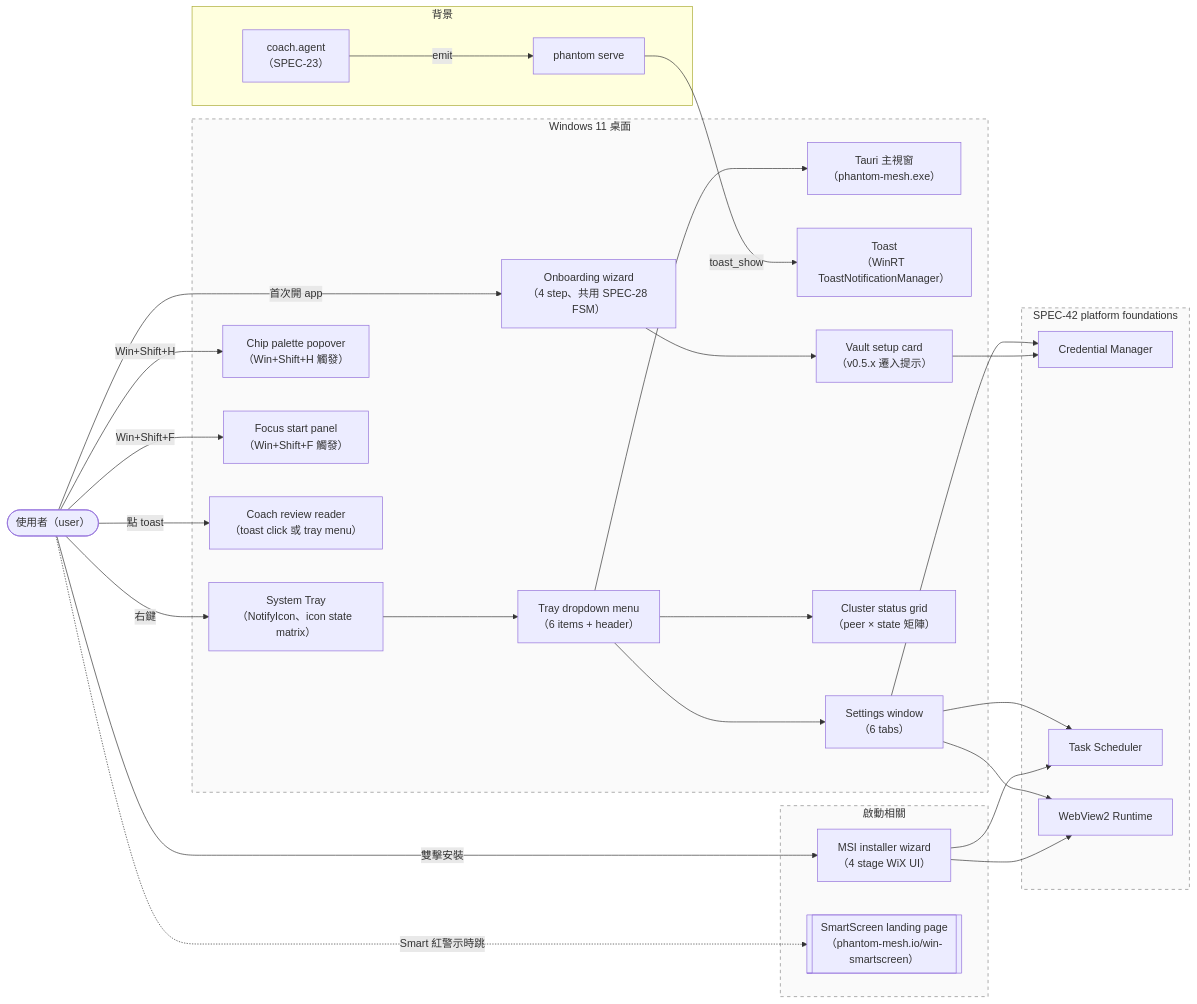
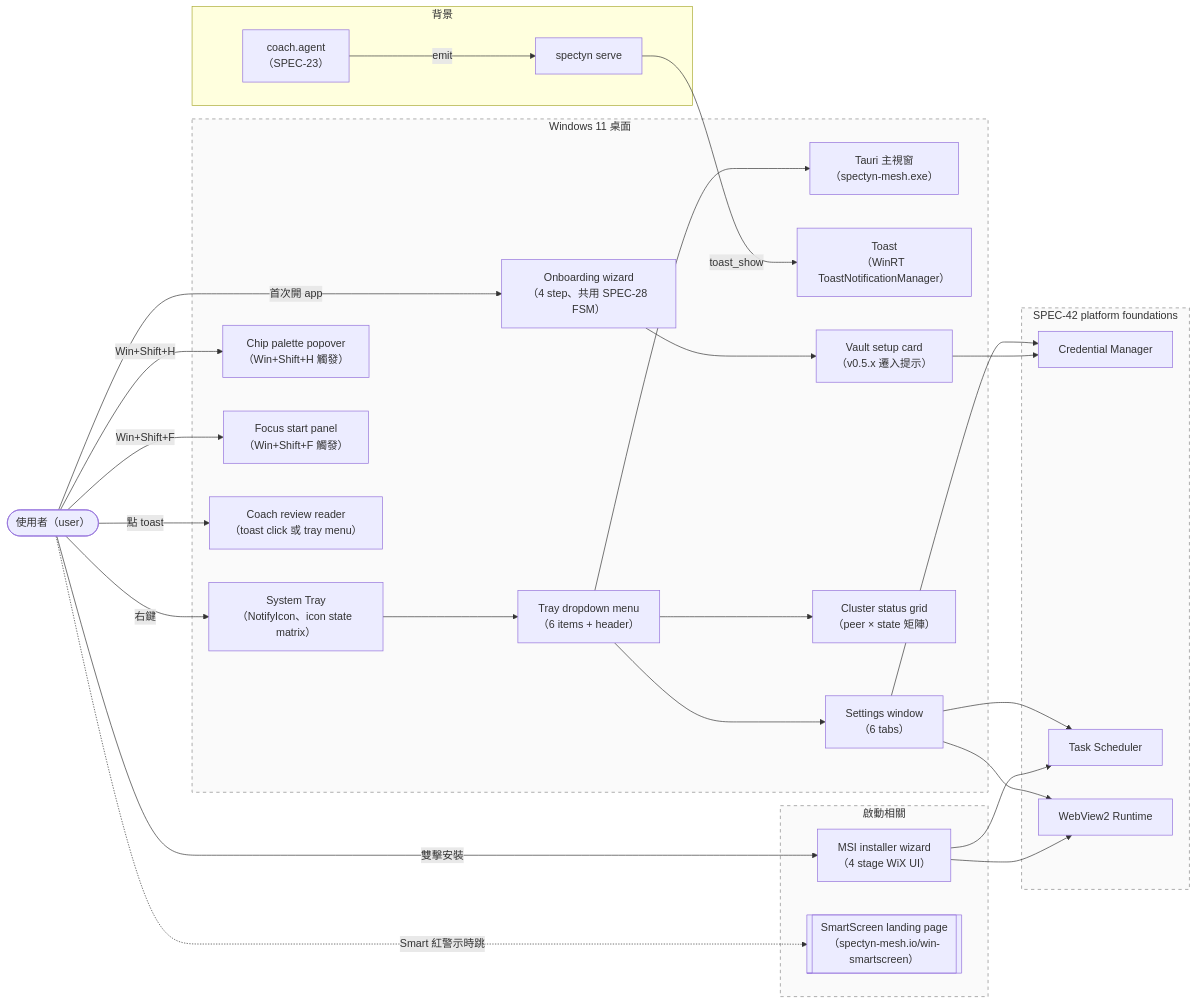
Before and after one commit to markl-a/phantom-mesh: the first of 7 diagrams in docs/spec/history/2026-05-30/deferred/SPEC-43-PLATFORM-Windows-screens-flows.md, drawn with Mermaid. The commit also changed other lines of this file and 1245 other files, not shown here.

First line of the commit message:
rename: phantom -> spectyn across the public tree

````diff
--- a/docs/spec/history/2026-05-30/deferred/SPEC-43-PLATFORM-Windows-screens-flows.md
+++ b/docs/spec/history/2026-05-30/deferred/SPEC-43-PLATFORM-Windows-screens-flows.md
@@ -191,62 +191,62 @@
 ```mermaid
 flowchart LR
     User(["使用者（user）"])
 
     subgraph WinDesktop["Windows 11 桌面"]
-        TauriApp["Tauri 主視窗<br/>（phantom-mesh.exe）"]
+        TauriApp["Tauri 主視窗<br/>（spectyn-mesh.exe）"]
         TrayIcon["System Tray<br/>（NotifyIcon、icon state matrix）"]
         TrayDropdown["Tray dropdown menu<br/>（6 items + header）"]
         ToastUI["Toast<br/>（WinRT ToastNotificationManager）"]
         SettingsWin["Settings window<br/>（6 tabs）"]
         ChipPopover["Chip palette popover<br/>（Win+Shift+H 觸發）"]
         FocusPanel["Focus start panel<br/>（Win+Shift+F 觸發）"]
         CoachReader["Coach review reader<br/>（toast click 或 tray menu）"]
         ClusterGrid["Cluster status grid<br/>（peer × state 矩陣）"]
         OnboardingWiz["Onboarding wizard<br/>（4 step、共用 SPEC-28 FSM）"]
         VaultCard["Vault setup card<br/>（v0.5.x 遷入提示）"]
     end
 
     subgraph WinBootstrap["啟動相關"]
         MSIWizard["MSI installer wizard<br/>（4 stage WiX UI）"]
-        SmartLanding[["SmartScreen landing page<br/>（phantom-mesh.io/win-smartscreen）"]]
+        SmartLanding[["SmartScreen landing page<br/>（spectyn-mesh.io/win-smartscreen）"]]
     end
 
     subgraph WinFoundations["SPEC-42 platform foundations"]
         CredMan["Credential Manager"]
         TaskSched["Task Scheduler"]
         WebView2RT["WebView2 Runtime"]
     end
 
     subgraph Backend["背景"]
-        PhantomServe["phantom serve"]
+        SpectynServe["spectyn serve"]
         CoachEngine["coach.agent<br/>（SPEC-23）"]
     end
 
     User -- "雙擊安裝" --> MSIWizard
     MSIWizard --> WebView2RT
     MSIWizard --> TaskSched
     User -. "Smart 紅警示時跳" .-> SmartLanding
 
     User -- "右鍵" --> TrayIcon
     TrayIcon --> TrayDropdown
     TrayDropdown --> TauriApp
     TrayDropdown --> SettingsWin
     TrayDropdown --> ClusterGrid
 
     User -- "Win+Shift+H" --> ChipPopover
     User -- "Win+Shift+F" --> FocusPanel
     User -- "首次開 app" --> OnboardingWiz
     OnboardingWiz --> VaultCard
     VaultCard --> CredMan
 
-    CoachEngine -- "emit" --> PhantomServe
-    PhantomServe -- "toast_show" --> ToastUI
+    CoachEngine -- "emit" --> SpectynServe
+    SpectynServe -- "toast_show" --> ToastUI
     User -- "點 toast" --> CoachReader
 
     SettingsWin --> CredMan
     SettingsWin --> TaskSched
     SettingsWin --> WebView2RT
 
     classDef boundary stroke:#888,stroke-dasharray: 5 5,fill:#fafafa
     class WinDesktop,WinBootstrap,WinFoundations boundary
 ```
````
